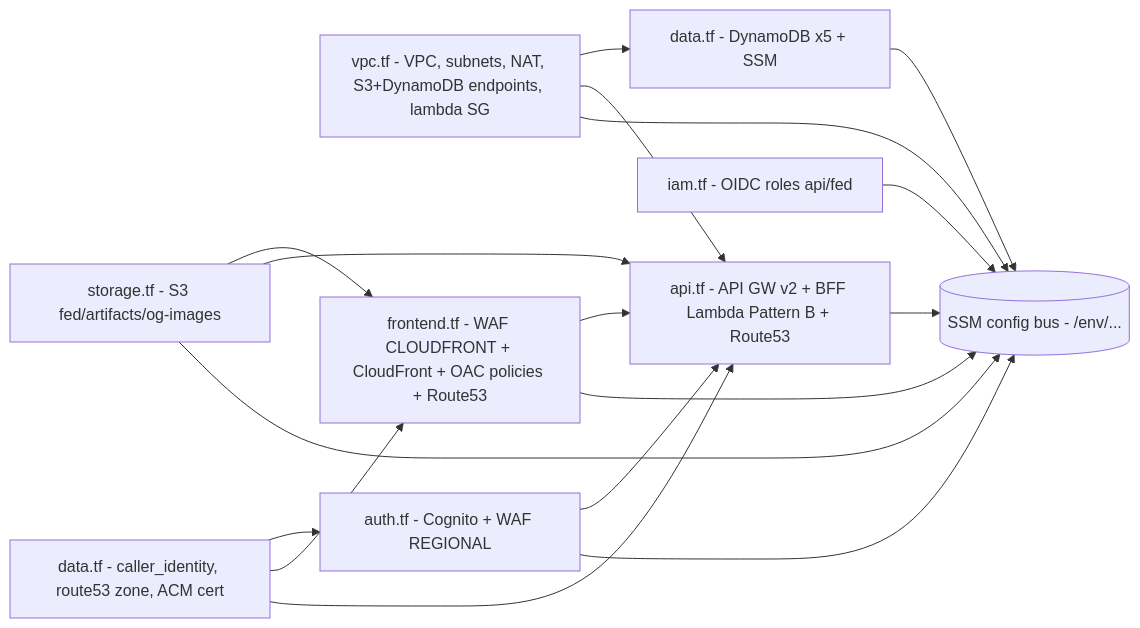
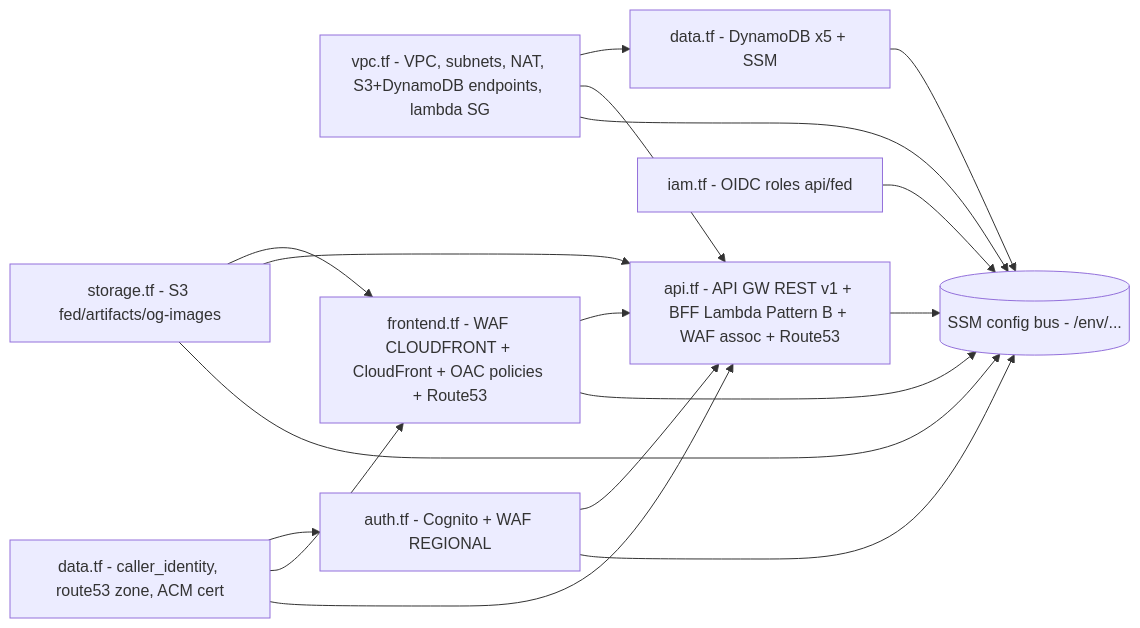
Before and after one commit to tedeuxx/tadeumendonca-iac: the second of 2 diagrams in docs/architecture.md, drawn with Mermaid. The commit also changed other lines of this file, not shown here.

Commit message:
docs: architecture.md — reflect REST API (was HTTP) + WAF on the API stage

````diff
--- a/docs/architecture.md
+++ b/docs/architecture.md
@@ -73,31 +75,31 @@
 ```mermaid
 flowchart LR
   data_src[data.tf - caller_identity, route53 zone, ACM cert]
 
   vpc[vpc.tf - VPC, subnets, NAT, S3+DynamoDB endpoints, lambda SG]
   storage[storage.tf - S3 fed/artifacts/og-images]
   ddb[data.tf - DynamoDB x5 + SSM]
   auth[auth.tf - Cognito + WAF REGIONAL]
   frontend[frontend.tf - WAF CLOUDFRONT + CloudFront + OAC policies + Route53]
-  api[api.tf - API GW v2 + BFF Lambda Pattern B + Route53]
+  api[api.tf - API GW REST v1 + BFF Lambda Pattern B + WAF assoc + Route53]
   iam[iam.tf - OIDC roles api/fed]
   ssm[(SSM config bus - /env/...)]
 
   vpc --> ddb
   vpc --> api
   storage --> frontend
   storage --> api
   data_src --> auth
   data_src --> frontend
   data_src --> api
   auth --> api
   frontend --> api
 
   vpc --> ssm
   storage --> ssm
   ddb --> ssm
   auth --> ssm
   frontend --> ssm
   api --> ssm
   iam --> ssm
 ```
````
